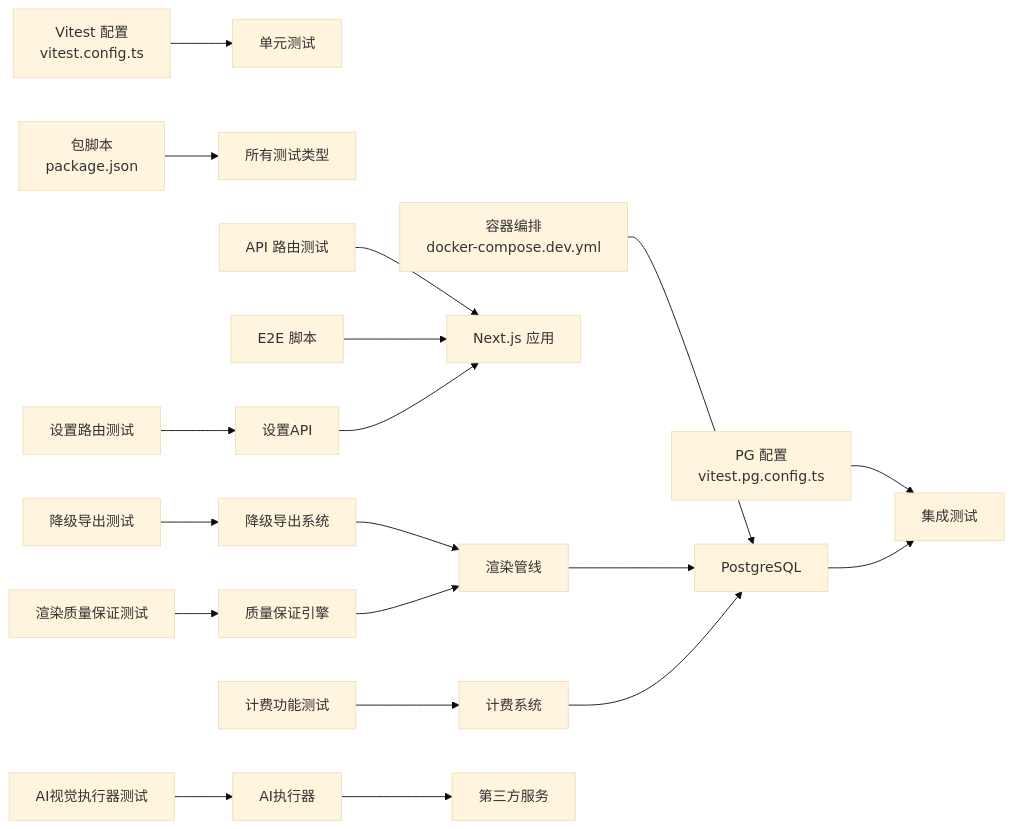
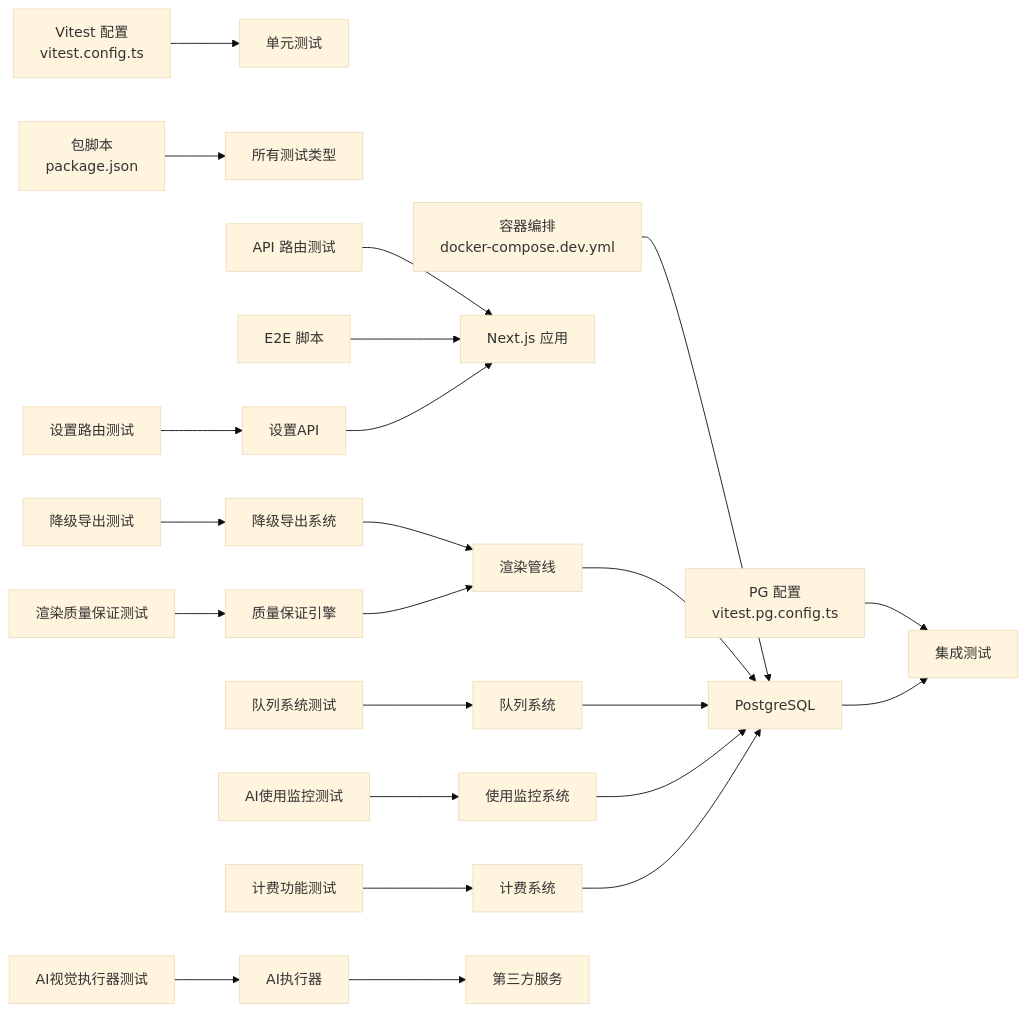
Diagram 14 of 14 in .qoder/repowiki/zh/content/测试策略/测试策略.md (scottcwy/PurpleInk), drawn with Mermaid (base theme) before and after one commit. The commit also changed other lines of this file and 23 other files, not shown here.

````diff
--- a/.qoder/repowiki/zh/content/测试策略/测试策略.md
+++ b/.qoder/repowiki/zh/content/测试策略/测试策略.md
@@ -695,21 +821,25 @@
 ```mermaid
 graph LR
 VT["Vitest 配置<br/>vitest.config.ts"] --> UT["单元测试"]
 VPG["PG 配置<br/>vitest.pg.config.ts"] --> IT["集成测试"]
 PKG["包脚本<br/>package.json"] --> ALL["所有测试类型"]
 DC["容器编排<br/>docker-compose.dev.yml"] --> DB["PostgreSQL"]
 DB --> IT
 API["API 路由测试"] --> APP["Next.js 应用"]
 FE["E2E 脚本"] --> APP
 DE["降级导出测试"] --> DS["降级导出系统"]
 DS --> RT["渲染管线"]
 RT --> DB
+QL["队列系统测试"] --> QS["队列系统"]
+QS --> DB
+UM["AI使用监控测试"] --> US["使用监控系统"]
+US --> DB
 BL["计费功能测试"] --> BS["计费系统"]
 BS --> DB
 ST["设置路由测试"] --> SA["设置API"]
 SA --> APP
 AI["AI视觉执行器测试"] --> AE["AI执行器"]
 AE --> EX["第三方服务"]
 QA["渲染质量保证测试"] --> QE["质量保证引擎"]
 QE --> RT
 ```
````
